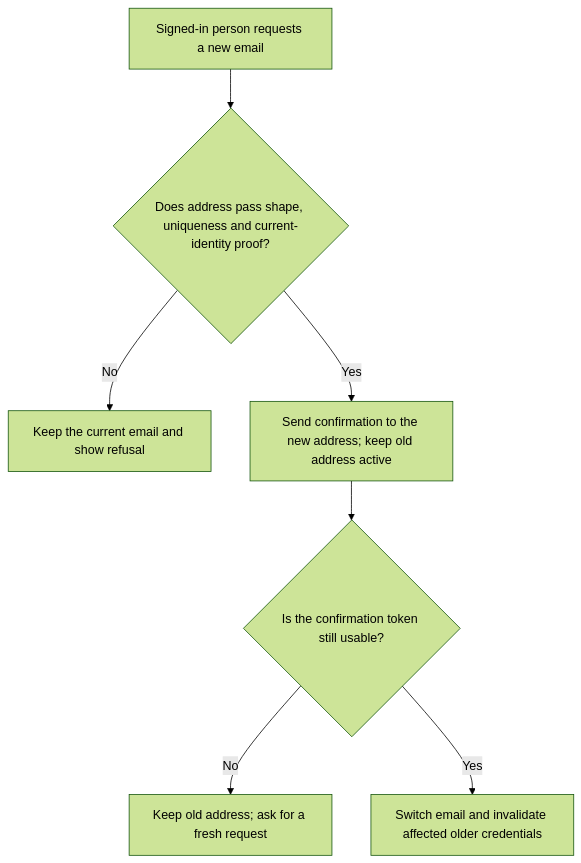
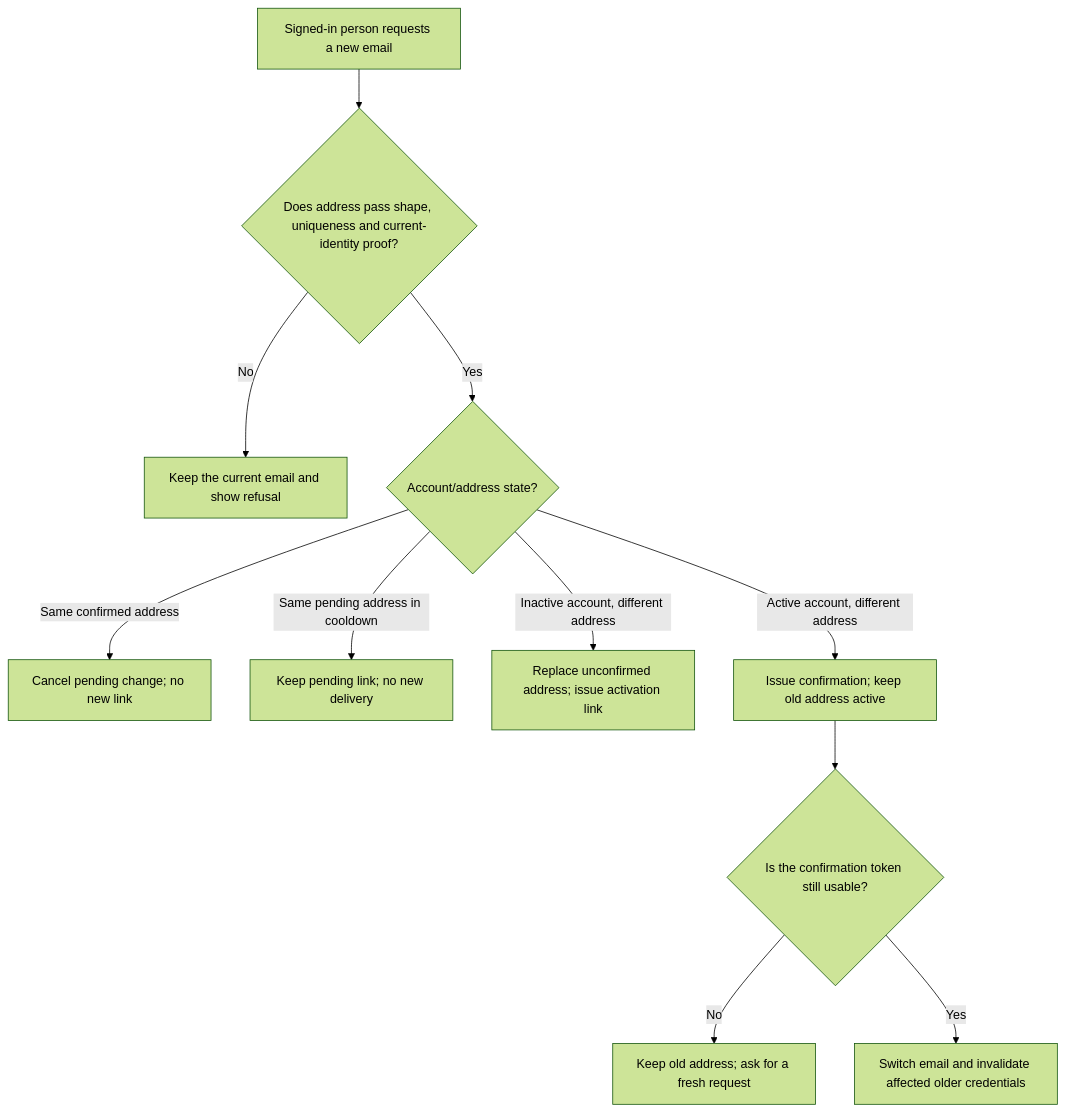
One commit to Kevinjohn/oss-adonisjs-account-kit changed the first of 2 diagrams in user-stories/US-ACCOUNT-06-change-email.md. Above: the diagram before and after it, drawn with Mermaid (forest theme). The commit also changed other lines of this file and 5 other files, not shown here.

````diff
--- a/user-stories/US-ACCOUNT-06-change-email.md
+++ b/user-stories/US-ACCOUNT-06-change-email.md
@@ -18,9 +22,13 @@
 ```mermaid
 flowchart TD
  A["Signed-in person requests a new email"] --> B{"Does address pass shape, uniqueness and current-identity proof?"}
  B -->|No| C["Keep the current email and show refusal"]
- B -->|Yes| D["Send confirmation to the new address; keep old address active"]
+ B -->|Yes| S{"Account/address state?"}
+ S -->|Same confirmed address| T["Cancel pending change; no new link"]
+ S -->|Same pending address in cooldown| V["Keep pending link; no new delivery"]
+ S -->|Inactive account, different address| W["Replace unconfirmed address; issue activation link"]
+ S -->|Active account, different address| D["Issue confirmation; keep old address active"]
  D --> E{"Is the confirmation token still usable?"}
  E -->|No| F["Keep old address; ask for a fresh request"]
  E -->|Yes| G["Switch email and invalidate affected older credentials"]
 ```
````
